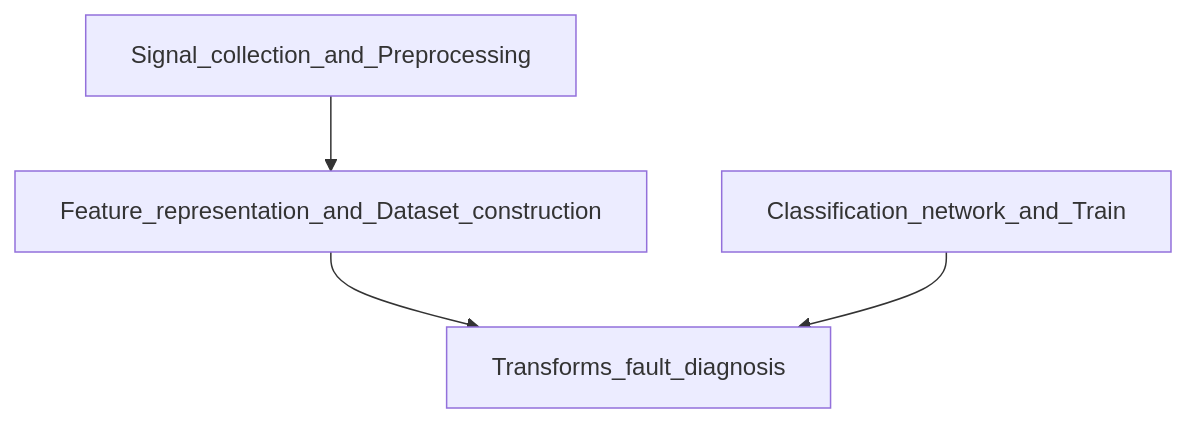
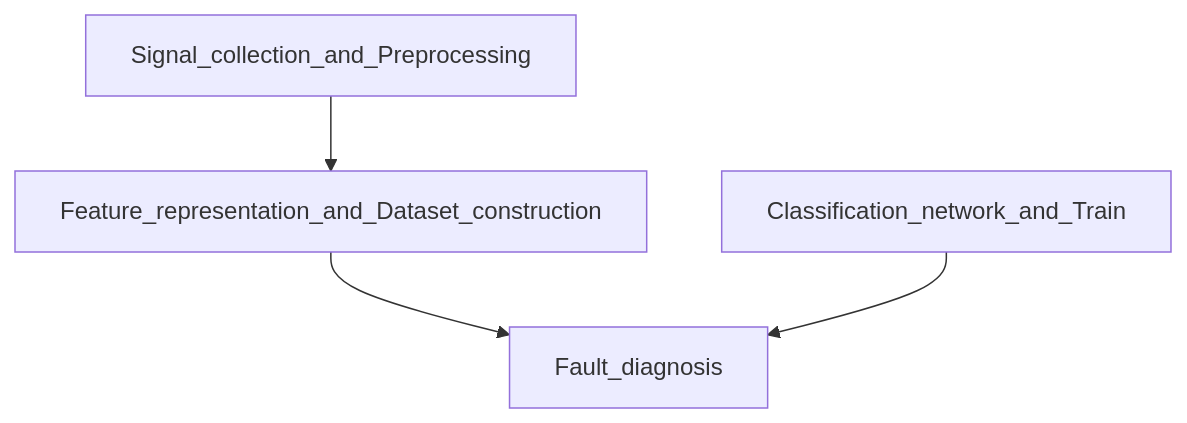
Before and after one commit to 1052554665/1052554665: the diagram in README.md, drawn with Mermaid. The commit also changed other lines of this file, not shown here.

````diff
--- a/README.md
+++ b/README.md
@@ -29,6 +28,6 @@
 ```mermaid
 graph TD;
     Signal_collection_and_Preprocessing-->Feature_representation_and_Dataset_construction;
-    Feature_representation_and_Dataset_construction-->Transforms_fault_diagnosis;
-    Classification_network_and_Train-->Transforms_fault_diagnosis;
+    Feature_representation_and_Dataset_construction-->Fault_diagnosis;
+    Classification_network_and_Train-->Fault_diagnosis;
 ```
````
